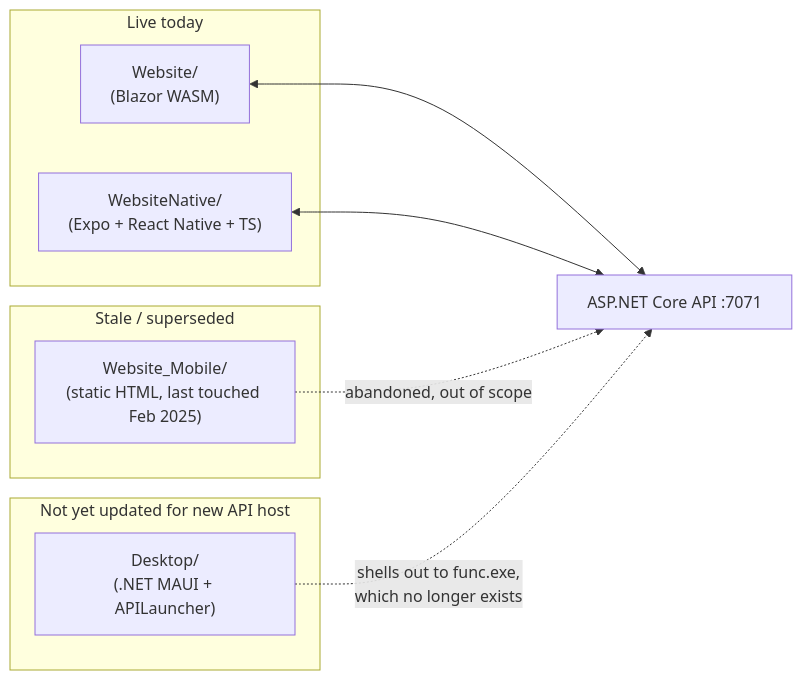
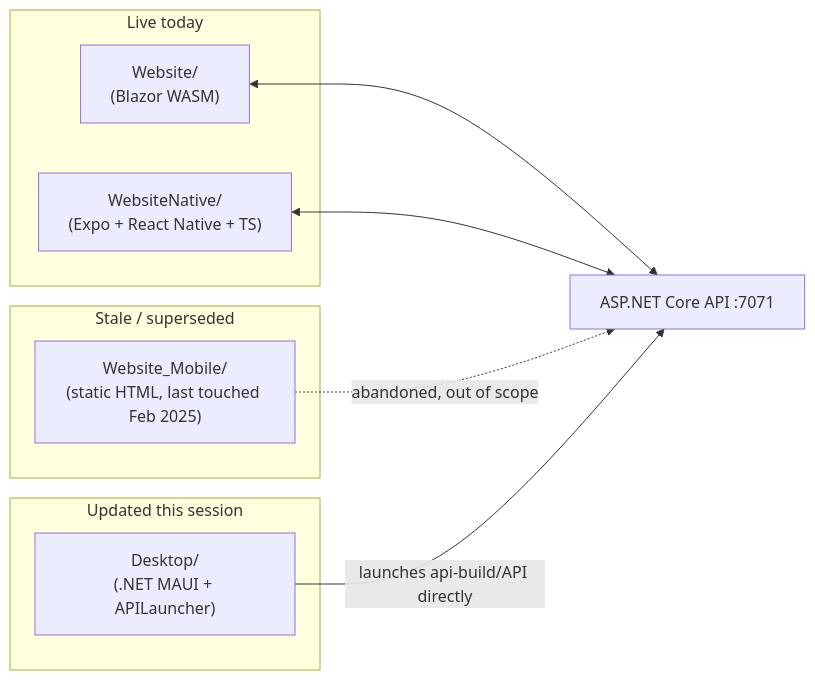
The tenth of 11 diagrams in docs/vedAstroArchitecture.md (rahulsaipandit/VedAstro_DEV), drawn with Mermaid before and after one commit. The commit also changed other lines of this file and 60 other files, not shown here.

````diff
--- a/docs/vedAstroArchitecture.md
+++ b/docs/vedAstroArchitecture.md
@@ -554,23 +638,23 @@
 ```mermaid
 flowchart LR
 
 subgraph Current["Live today"]
     Website["Website/<br/>(Blazor WASM)"]
     Native["WebsiteNative/<br/>(Expo + React Native + TS)"]
 end
 
 subgraph Deprecated["Stale / superseded"]
     Mobile["Website_Mobile/<br/>(static HTML, last touched Feb 2025)"]
 end
 
-subgraph Broken["Not yet updated for new API host"]
+subgraph DesktopGroup["Updated this session"]
     Desktop["Desktop/<br/>(.NET MAUI + APILauncher)"]
 end
 
 API["ASP.NET Core API :7071"]
 
 Website <--> API
 Native <--> API
 Mobile -.->|abandoned, out of scope| API
-Desktop -.->|shells out to func.exe,<br/>which no longer exists| API
+Desktop -->|launches api-build/API directly| API
 ```
````
